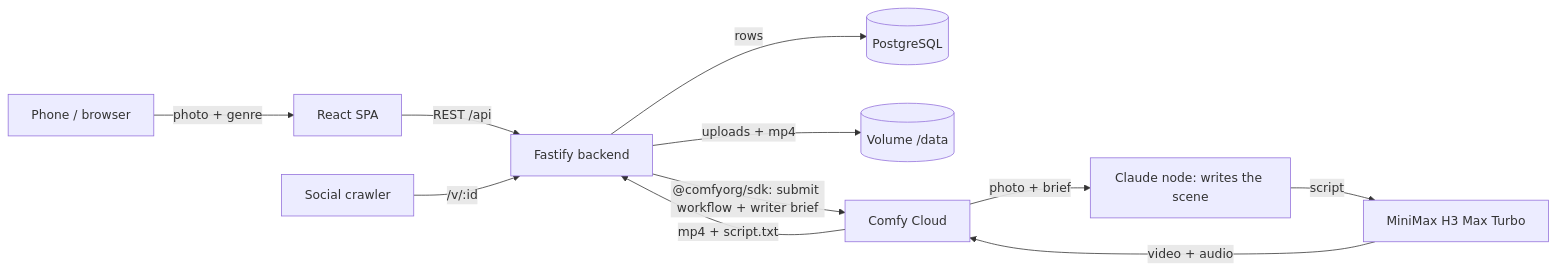
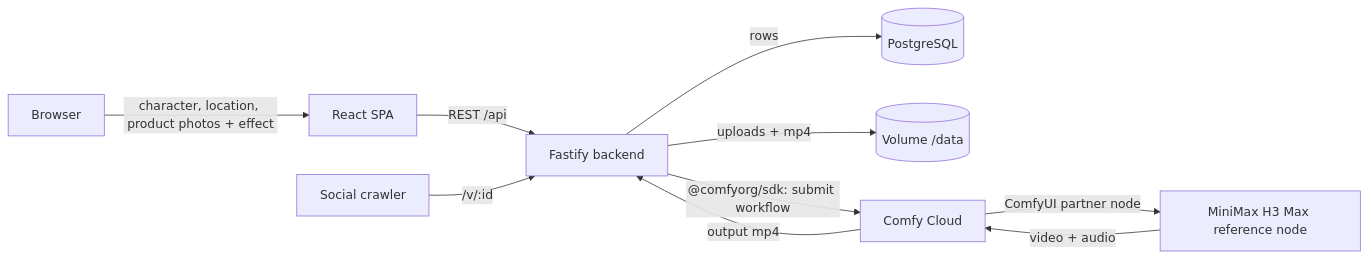
One commit to HideInSky/hypereel changed the diagram in README.md. Above: the diagram before and after it, drawn with Mermaid. The commit also changed other lines of this file and 41 other files, not shown here.

````diff
--- a/README.md
+++ b/README.md
@@ -18,12 +15,11 @@
 ```mermaid
 flowchart LR
-  U[Phone / browser] -->|photo + genre| FE[React SPA]
+  U[Browser] -->|"character, location, product photos + effect"| FE[React SPA]
   FE -->|REST /api| BE[Fastify backend]
   BE -->|rows| DB[(PostgreSQL)]
   BE -->|uploads + mp4| ST[(Volume /data)]
-  BE -->|"@comfyorg/sdk: submit workflow + writer brief"| CC[Comfy Cloud]
-  CC -->|photo + brief| W[Claude node: writes the scene]
-  W -->|script| H3[MiniMax H3 Max Turbo]
-  H3 -->|video + audio| CC -->|mp4 + script.txt| BE
+  BE -->|"@comfyorg/sdk: submit workflow"| CC[Comfy Cloud]
+  CC -->|ComfyUI partner node| H3[MiniMax H3 Max reference node]
+  H3 -->|video + audio| CC -->|output mp4| BE
   S[Social crawler] -->|/v/:id| BE
 ```
````
